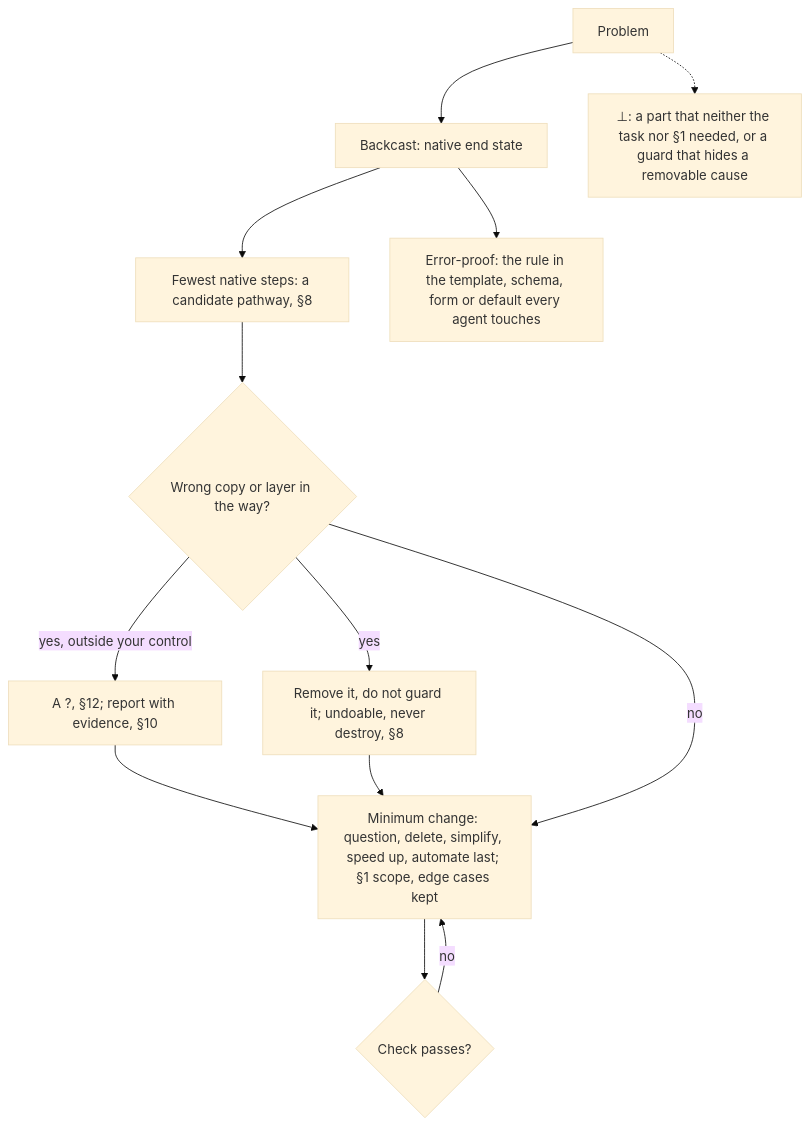
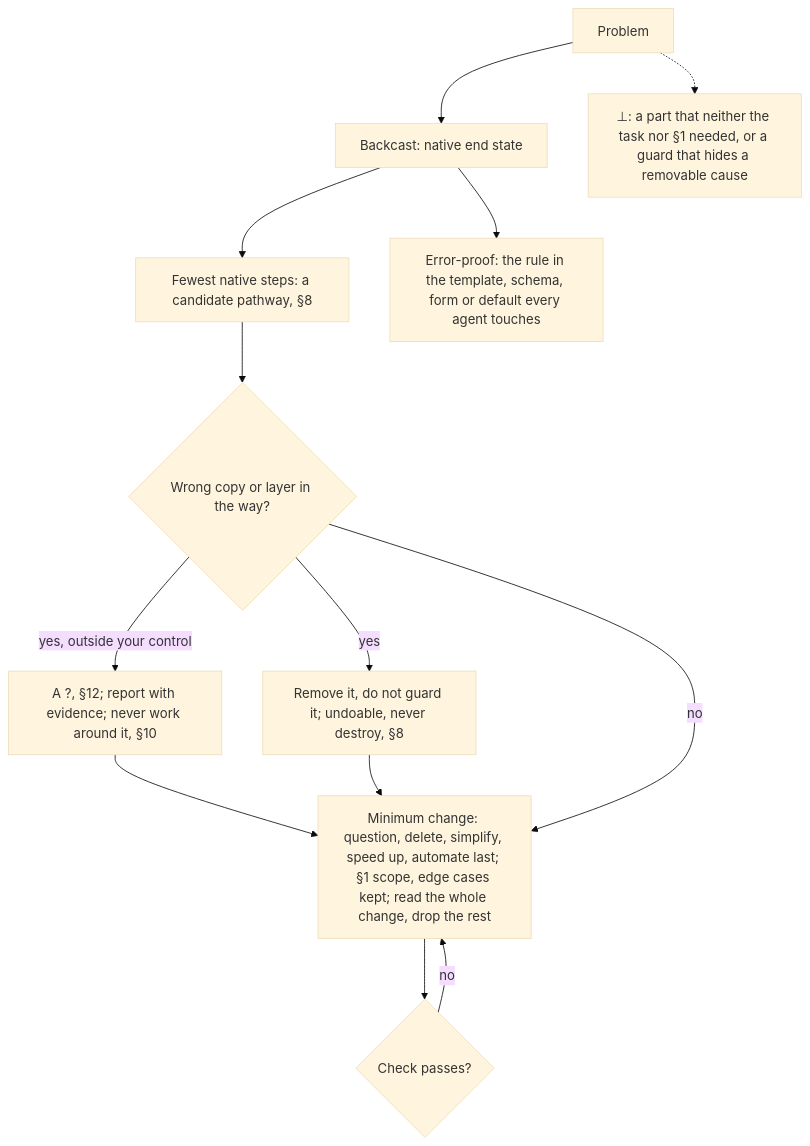
The tenth of 14 diagrams in AGENTS.md (SolenixAI/arbiter), drawn with Mermaid (base theme) before and after one commit. The commit also changed other lines of this file and 1 other file, not shown here.

First line of the commit message:
fix(agents): restore every rule the token pass dropped; one form never drifts

````diff
--- a/AGENTS.md
+++ b/AGENTS.md
@@ -371,11 +372,11 @@
 ```mermaid
 flowchart TD
   P[Problem] --> E["Backcast: native end state"] --> N["Fewest native steps: a candidate pathway, §8"]
   E --> RB["Error-proof: the rule in the template, schema, form or default every agent touches"]
   N --> W{Wrong copy or layer in the way?}
-  W -->|yes, outside your control| TU["A ?, §12; report with evidence, §10"] --> M
+  W -->|yes, outside your control| TU["A ?, §12; report with evidence; never work around it, §10"] --> M
   W -->|yes| X["Remove it, do not guard it; undoable, never destroy, §8"] --> M
-  W -->|no| M["Minimum change: question, delete, simplify, speed up, automate last; §1 scope, edge cases kept"] --> C{Check passes?}
+  W -->|no| M["Minimum change: question, delete, simplify, speed up, automate last; §1 scope, edge cases kept; read the whole change, drop the rest"] --> C{Check passes?}
   C -->|no| M
   P -.-> BOT["⊥: a part that neither the task nor §1 needed, or a guard that hides a removable cause"]
 ```
````
